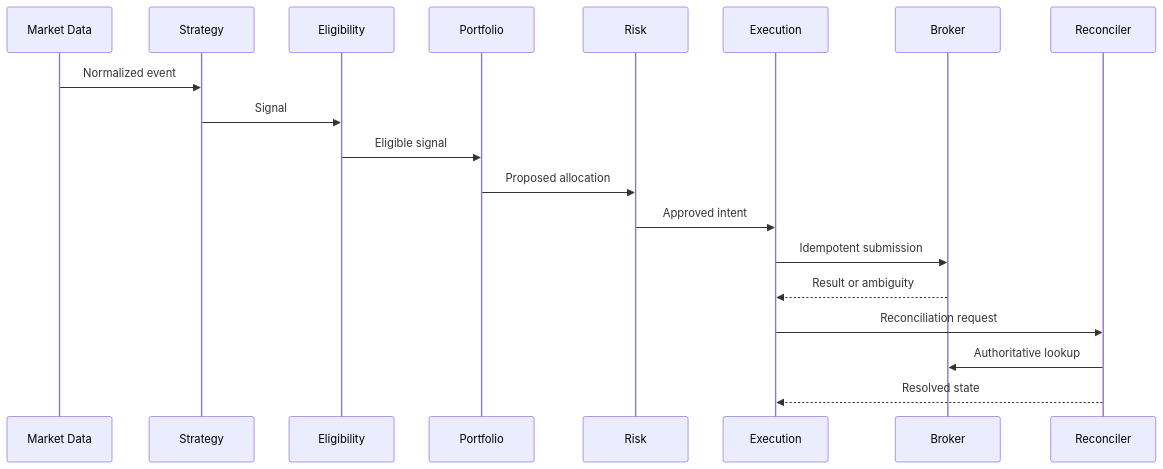
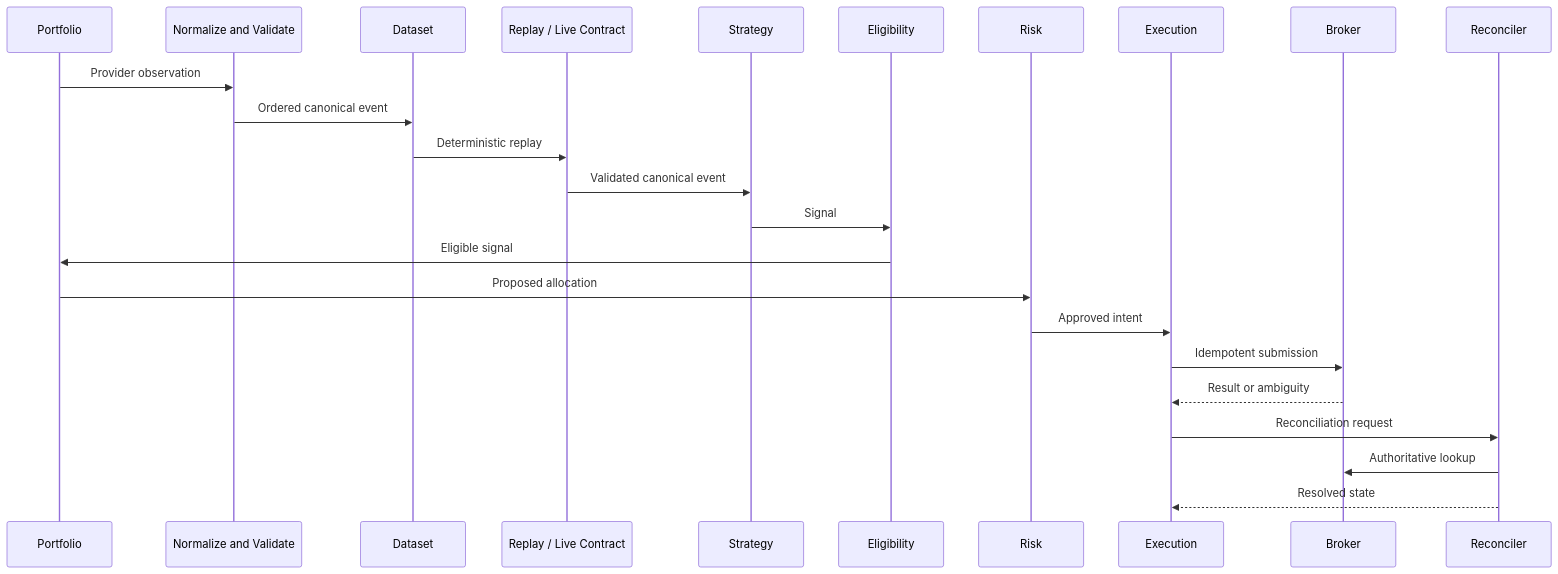
One commit to bibhuyash/tradeedge changed the diagram in docs/architecture/DATA_FLOW.md. Above: the diagram before and after it, drawn with Mermaid. The commit also changed other lines of this file and 6 other files, not shown here.

Commit message:
docs: record phase 1 market data architecture

````diff
--- a/docs/architecture/DATA_FLOW.md
+++ b/docs/architecture/DATA_FLOW.md
@@ -7,21 +7,27 @@
 ```mermaid
 sequenceDiagram
-    participant M as Market Data
+    participant P as Provider Fixture
+    participant N as Normalize and Validate
+    participant D as Dataset
+    participant M as Replay / Live Contract
     participant S as Strategy
     participant E as Eligibility
     participant P as Portfolio
     participant R as Risk
     participant X as Execution
     participant B as Broker
     participant C as Reconciler
-    M->>S: Normalized event
+    P->>N: Provider observation
+    N->>D: Ordered canonical event
+    D->>M: Deterministic replay
+    M->>S: Validated canonical event
     S->>E: Signal
     E->>P: Eligible signal
     P->>R: Proposed allocation
     R->>X: Approved intent
     X->>B: Idempotent submission
     B-->>X: Result or ambiguity
     X->>C: Reconciliation request
     C->>B: Authoritative lookup
     C-->>X: Resolved state
 ```
````
